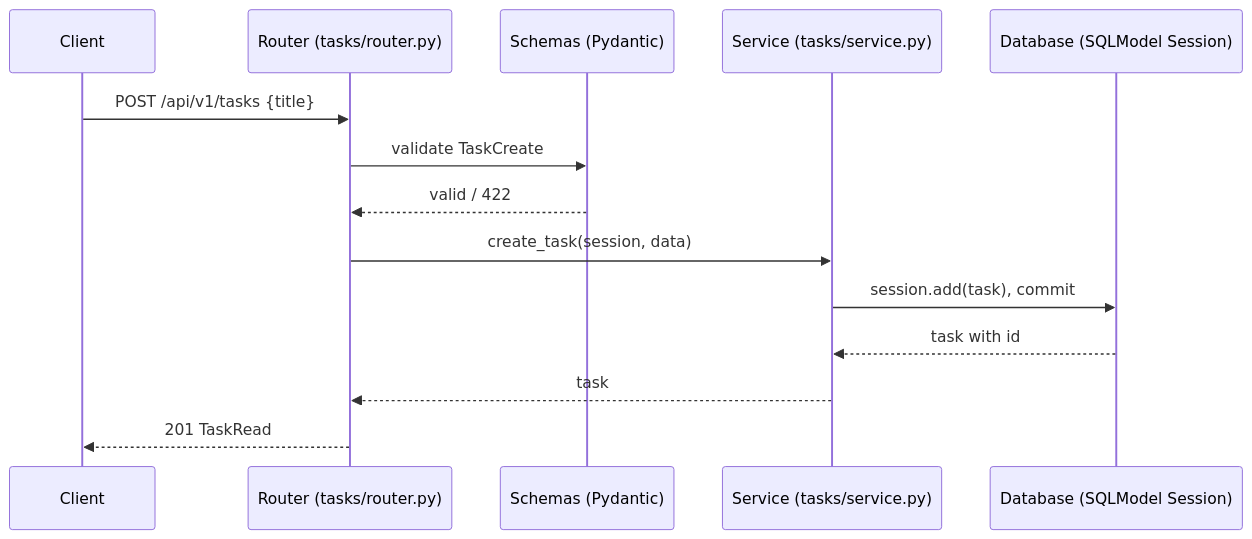
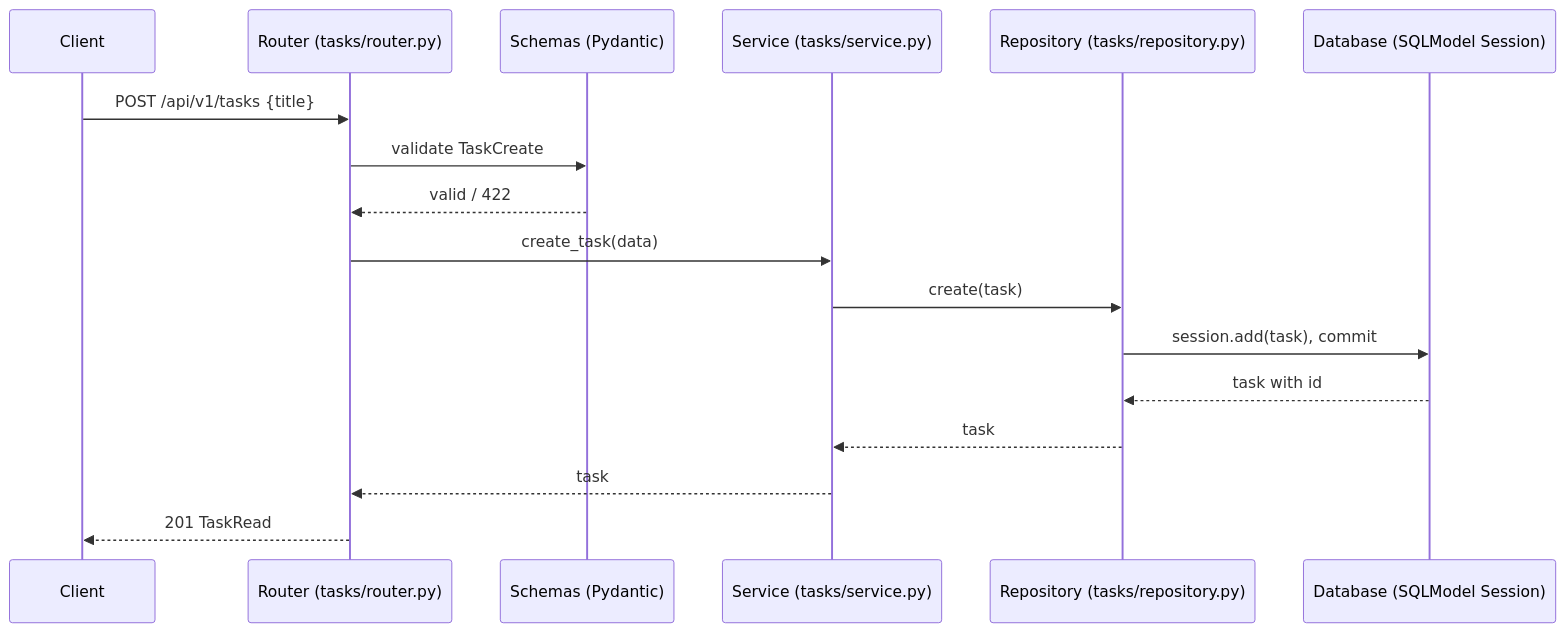
The second of 6 diagrams in docs/03-tdd.md (sayef-reyadh-labs/smarter-todo), drawn with Mermaid before and after one commit. The commit also changed other lines of this file, not shown here.

Commit message:
docs: describe the task repository layer in the tdd (#3)

````diff
--- a/docs/03-tdd.md
+++ b/docs/03-tdd.md
@@ -59,16 +59,19 @@
 ```mermaid
 sequenceDiagram
     participant C as Client
     participant R as Router (tasks/router.py)
     participant S as Schemas (Pydantic)
     participant V as Service (tasks/service.py)
+    participant P as Repository (tasks/repository.py)
     participant D as Database (SQLModel Session)
     C->>R: POST /api/v1/tasks {title}
     R->>S: validate TaskCreate
     S-->>R: valid / 422
-    R->>V: create_task(session, data)
-    V->>D: session.add(task), commit
-    D-->>V: task with id
+    R->>V: create_task(data)
+    V->>P: create(task)
+    P->>D: session.add(task), commit
+    D-->>P: task with id
+    P-->>V: task
     V-->>R: task
     R-->>C: 201 TaskRead
 ```
````
